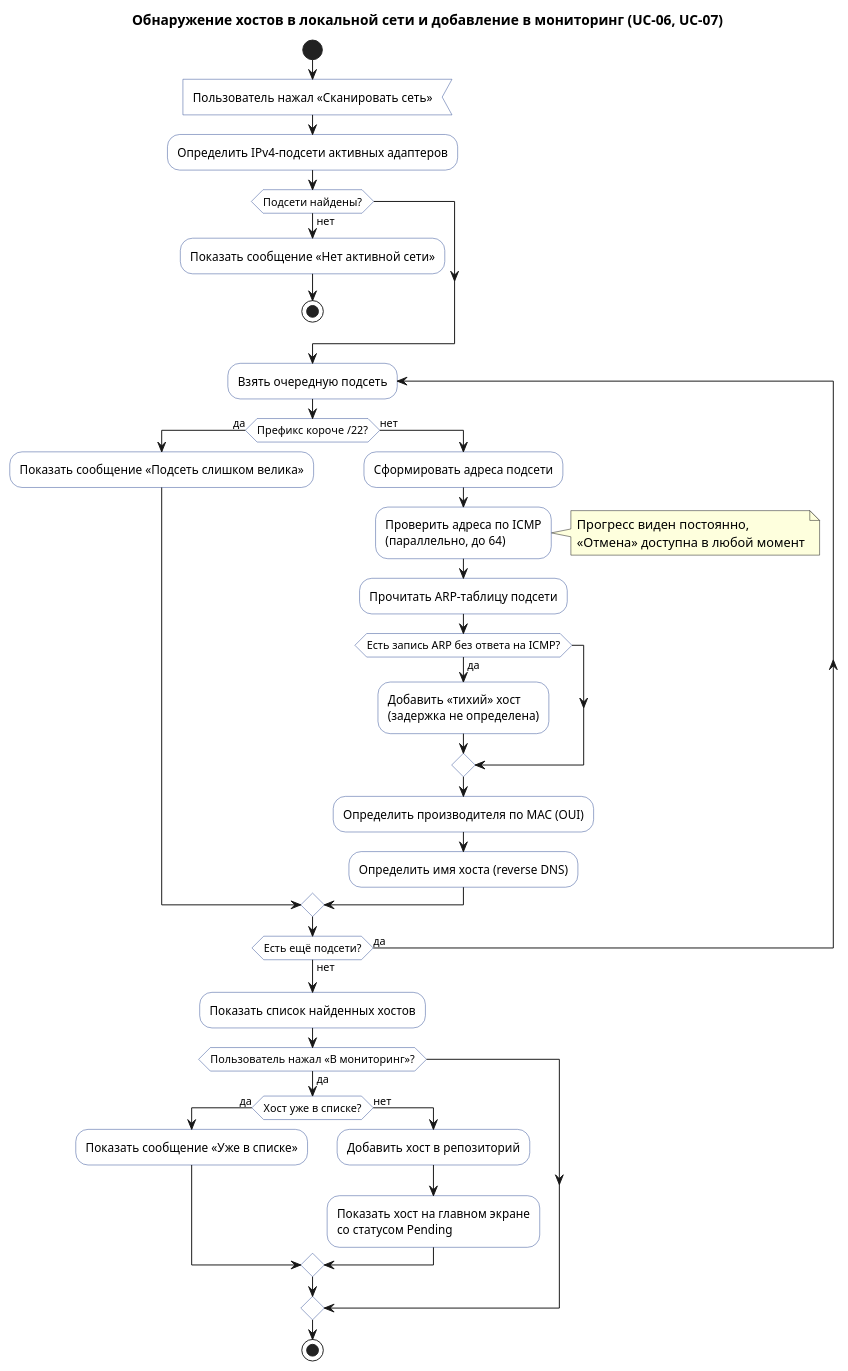
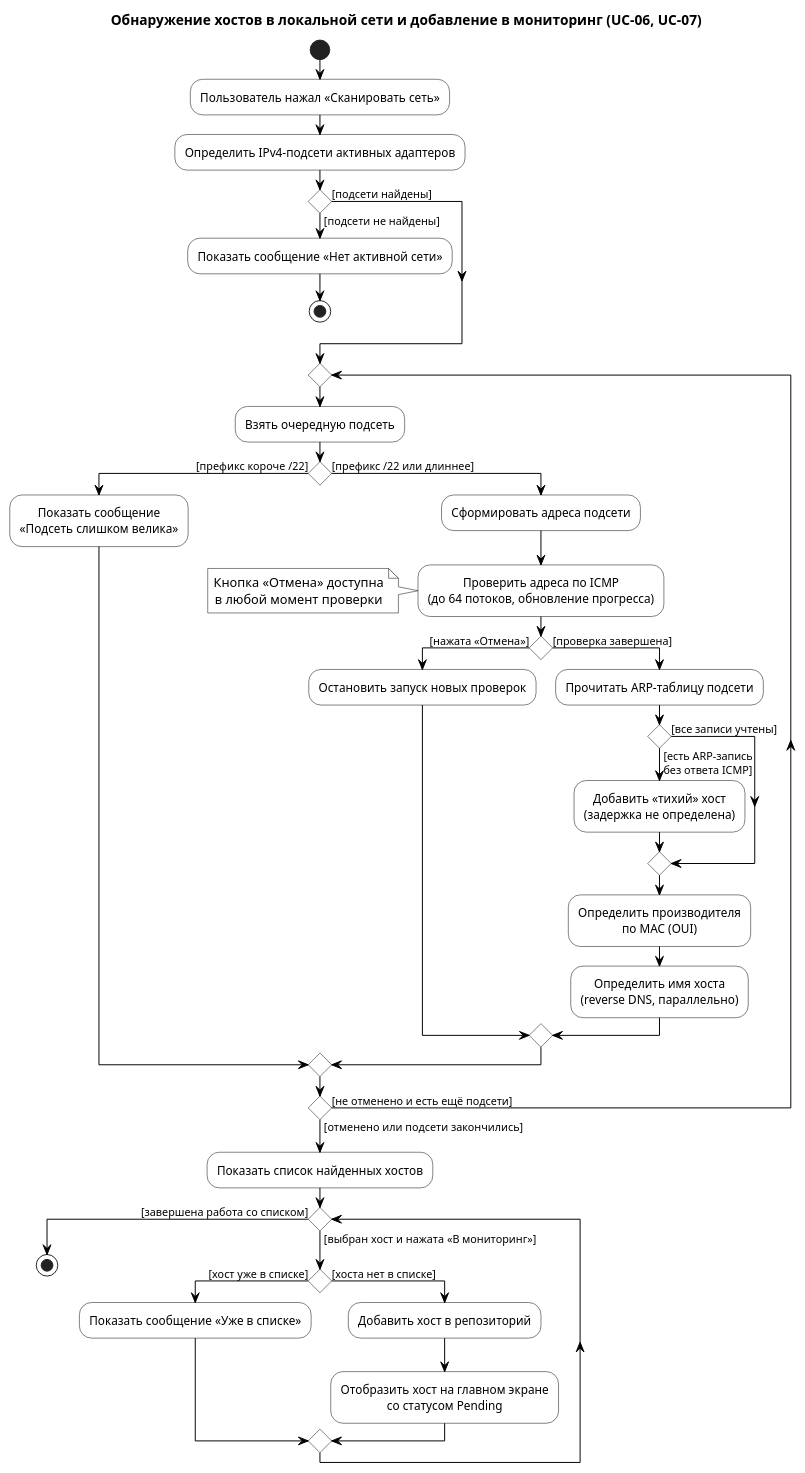
Before and after one commit to Levandovskii/liquid-ping: the diagram in docs/uml/src/activity-lan-discovery.puml, drawn with PlantUML. The commit also changed 10 other files, not shown here.

Commit message:
fix: diagrams revision

```diff
--- a/docs/uml/src/activity-lan-discovery.puml
+++ b/docs/uml/src/activity-lan-discovery.puml
@@ -1,42 +1,63 @@
 @startuml
+skinparam monochrome true
 skinparam shadowing false
+skinparam defaultTextAlignment center
 skinparam ActivityBackgroundColor #FFFFFF
-skinparam ActivityBorderColor #334E96
+skinparam ActivityBorderColor #000000
+skinparam ActivityDiamondBackgroundColor #FFFFFF
+skinparam ActivityDiamondBorderColor #000000
+skinparam ArrowColor #000000
+skinparam NoteBackgroundColor #FFFFFF
+skinparam NoteBorderColor #000000
+
 title Обнаружение хостов в локальной сети и добавление в мониторинг (UC-06, UC-07)
 
 start
-:Пользователь нажал «Сканировать сеть»<
+:Пользователь нажал «Сканировать сеть»;
 :Определить IPv4-подсети активных адаптеров;
-if (Подсети найдены?) then (нет)
+
+if () then ([подсети не найдены])
     :Показать сообщение «Нет активной сети»;
     stop
+else ([подсети найдены])
 endif
-repeat :Взять очередную подсеть;
-    if (Префикс короче /22?) then (да)
-        :Показать сообщение «Подсеть слишком велика»;
-    else (нет)
+
+repeat
+    :Взять очередную подсеть;
+    if () then ([префикс короче /22])
+        :Показать сообщение\n«Подсеть слишком велика»;
+    else ([префикс /22 или длиннее])
         :Сформировать адреса подсети;
-        :Проверить адреса по ICMP\n(параллельно, до 64);
-        note right
-            Прогресс виден постоянно,
-            «Отмена» доступна в любой момент
+        :Проверить адреса по ICMP\n(до 64 потоков, обновление прогресса);
+        note left
+            Кнопка «Отмена» доступна
+            в любой момент проверки
         end note
-        :Прочитать ARP-таблицу подсети;
-        if (Есть запись ARP без ответа на ICMP?) then (да)
-            :Добавить «тихий» хост\n(задержка не определена);
+
+        if () then ([нажата «Отмена»])
+            :Остановить запуск новых проверок;
+        else ([проверка завершена])
+            :Прочитать ARP-таблицу подсети;
+            if () then ([есть ARP-запись\nбез ответа ICMP])
+                :Добавить «тихий» хост\n(задержка не определена);
+            else ([все записи учтены])
+            endif
+            :Определить производителя\nпо MAC (OUI);
+            :Определить имя хоста\n(reverse DNS, параллельно);
         endif
-        :Определить производителя по MAC (OUI);
-        :Определить имя хоста (reverse DNS);
     endif
-repeat while (Есть ещё подсети?) is (да) not (нет)
+repeat while () is ([не отменено и есть ещё подсети]) not ([отменено или подсети закончились])
+
 :Показать список найденных хостов;
-if (Пользователь нажал «В мониторинг»?) then (да)
-    if (Хост уже в списке?) then (да)
+
+while () is ([выбран хост и нажата «В мониторинг»])
+    if () then ([хост уже в списке])
         :Показать сообщение «Уже в списке»;
-    else (нет)
+    else ([хоста нет в списке])
         :Добавить хост в репозиторий;
-        :Показать хост на главном экране\nсо статусом Pending;
+        :Отобразить хост на главном экране\nсо статусом Pending;
     endif
-endif
+endwhile ([завершена работа со списком])
+
 stop
 @enduml
```
